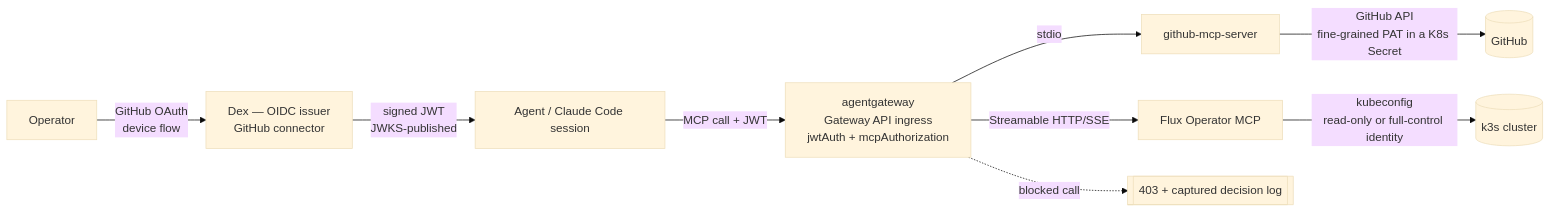
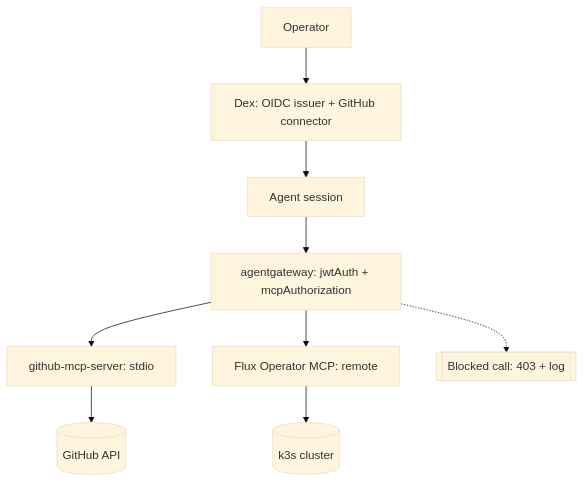
One commit to raghav19/engineersdaybook changed the diagram in code/mcp-sandbox/part-2-mcp-gateway/spec.md. Above: the diagram before and after it, drawn with Mermaid (base theme). The commit also changed other lines of this file and 1 other file, not shown here.

First line of the commit message:
fix: add Excalidraw diagram, reflow spec.md to fix width/truncation

````diff
--- a/code/mcp-sandbox/part-2-mcp-gateway/spec.md
+++ b/code/mcp-sandbox/part-2-mcp-gateway/spec.md
@@ -14,11 +11,17 @@
 ```mermaid
-flowchart LR
-    Op[Operator] -->|GitHub OAuth<br/>device flow| Dex[Dex — OIDC issuer<br/>GitHub connector]
-    Dex -->|signed JWT<br/>JWKS-published| Agent[Agent / Claude Code session]
-    Agent -->|MCP call + JWT| GW[agentgateway<br/>Gateway API ingress<br/>jwtAuth + mcpAuthorization]
-    GW -->|stdio| GH[github-mcp-server]
-    GW -->|Streamable HTTP/SSE| Flux[Flux Operator MCP]
-    GH -->|GitHub API<br/>fine-grained PAT in a K8s Secret| GHAPI[(GitHub)]
-    Flux -->|kubeconfig<br/>read-only or full-control identity| K3s[(k3s cluster)]
-    GW -.->|blocked call| Deny[["403 + captured decision log"]]
+flowchart TD
+    Op[Operator]
+    Dex[Dex: OIDC issuer + GitHub connector]
+    Agent[Agent session]
+    GW[agentgateway: jwtAuth + mcpAuthorization]
+    GH[github-mcp-server: stdio]
+    Flux[Flux Operator MCP: remote]
+    GHAPI[(GitHub API)]
+    K3s[(k3s cluster)]
+    Deny[[Blocked call: 403 + log]]
+
+    Op --> Dex --> Agent --> GW
+    GW --> GH --> GHAPI
+    GW --> Flux --> K3s
+    GW -.-> Deny
 ```
````
